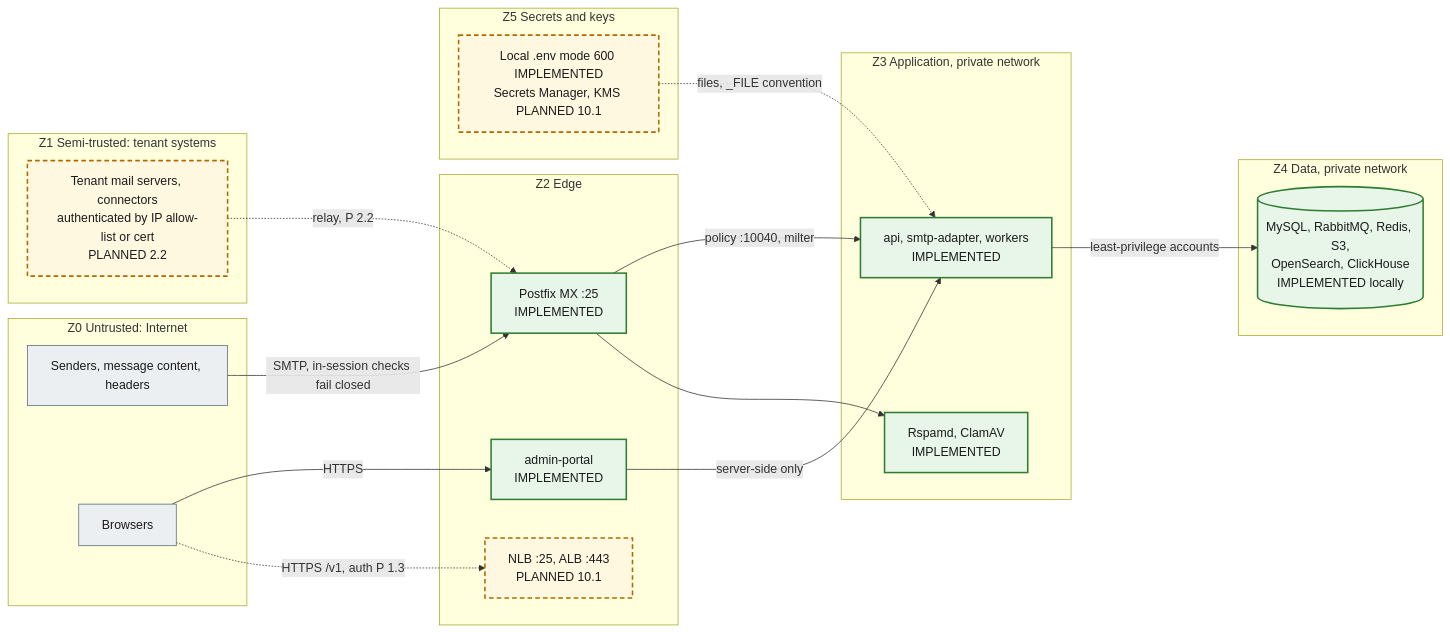
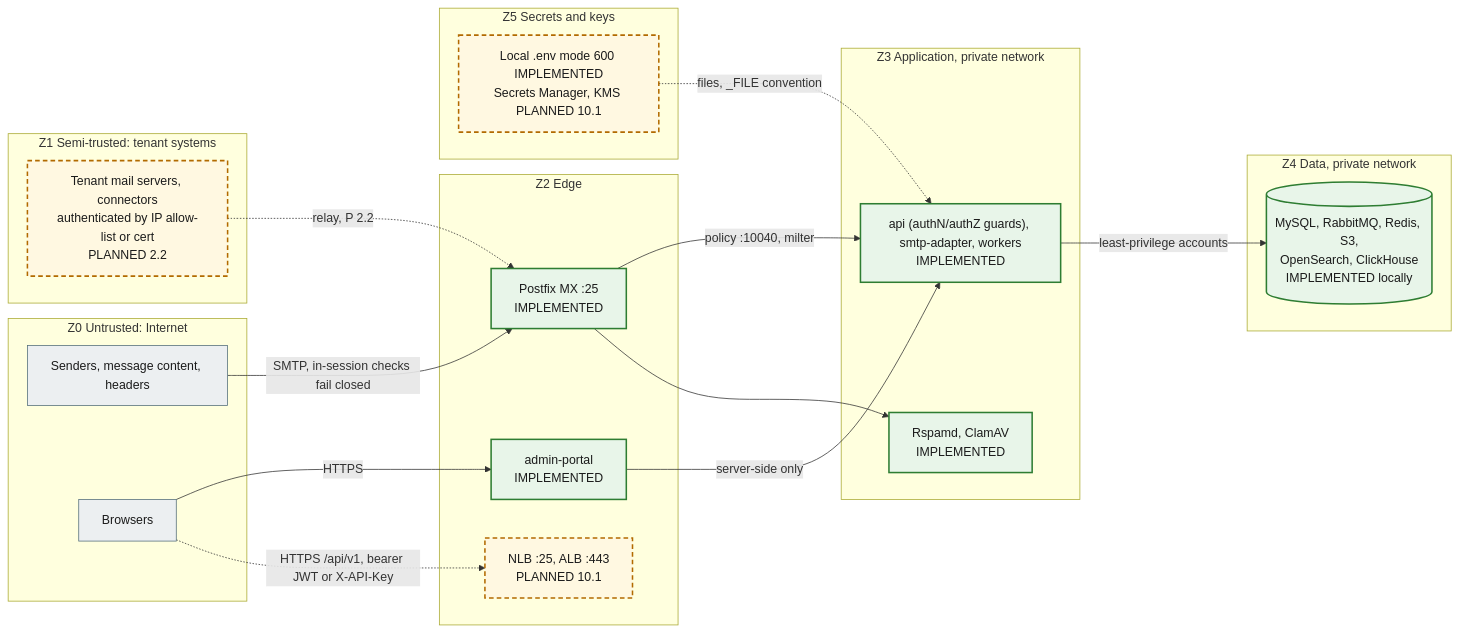
The diagram in docs/architecture/security-boundaries.md (mnnitsarvesh-ai/email-gateway), drawn with Mermaid before and after one commit. The commit also changed other lines of this file and 247 other files, not shown here.

````diff
--- a/docs/architecture/security-boundaries.md
+++ b/docs/architecture/security-boundaries.md
@@ -7,39 +7,39 @@
 ```mermaid
 flowchart LR
   classDef impl fill:#e8f5e9,stroke:#2e7d32,stroke-width:2px,color:#1b1b1b
   classDef planned fill:#fff8e1,stroke:#b26a00,stroke-width:2px,stroke-dasharray:6 4,color:#1b1b1b
   classDef ext fill:#eceff1,stroke:#546e7a,stroke-width:1px,color:#1b1b1b
 
   subgraph z0["Z0 Untrusted: Internet"]
     snd["Senders, message content, headers"]:::ext
     brw["Browsers"]:::ext
   end
   subgraph z1["Z1 Semi-trusted: tenant systems"]
     tmail["Tenant mail servers, connectors<br/>authenticated by IP allow-list or cert<br/>PLANNED 2.2"]:::planned
   end
   subgraph z2["Z2 Edge"]
     pf["Postfix MX :25<br/>IMPLEMENTED"]:::impl
     lb["NLB :25, ALB :443<br/>PLANNED 10.1"]:::planned
     portal["admin-portal<br/>IMPLEMENTED"]:::impl
   end
   subgraph z3["Z3 Application, private network"]
-    apps["api, smtp-adapter, workers<br/>IMPLEMENTED"]:::impl
+    apps["api (authN/authZ guards), smtp-adapter, workers<br/>IMPLEMENTED"]:::impl
     eng["Rspamd, ClamAV<br/>IMPLEMENTED"]:::impl
   end
   subgraph z4["Z4 Data, private network"]
     data[("MySQL, RabbitMQ, Redis, S3,<br/>OpenSearch, ClickHouse<br/>IMPLEMENTED locally")]:::impl
   end
   subgraph z5["Z5 Secrets and keys"]
     sec["Local .env mode 600 IMPLEMENTED<br/>Secrets Manager, KMS PLANNED 10.1"]:::planned
   end
 
   snd -->|"SMTP, in-session checks fail closed"| pf
   brw -->|"HTTPS"| portal
-  brw -.->|"HTTPS /v1, auth P 1.3"| lb
+  brw -.->|"HTTPS /api/v1, bearer JWT or X-API-Key"| lb
   tmail -.->|"relay, P 2.2"| pf
   pf -->|"policy :10040, milter"| apps
   pf --> eng
   portal -->|"server-side only"| apps
   apps -->|"least-privilege accounts"| data
   sec -.->|"files, _FILE convention"| apps
 ```
````
